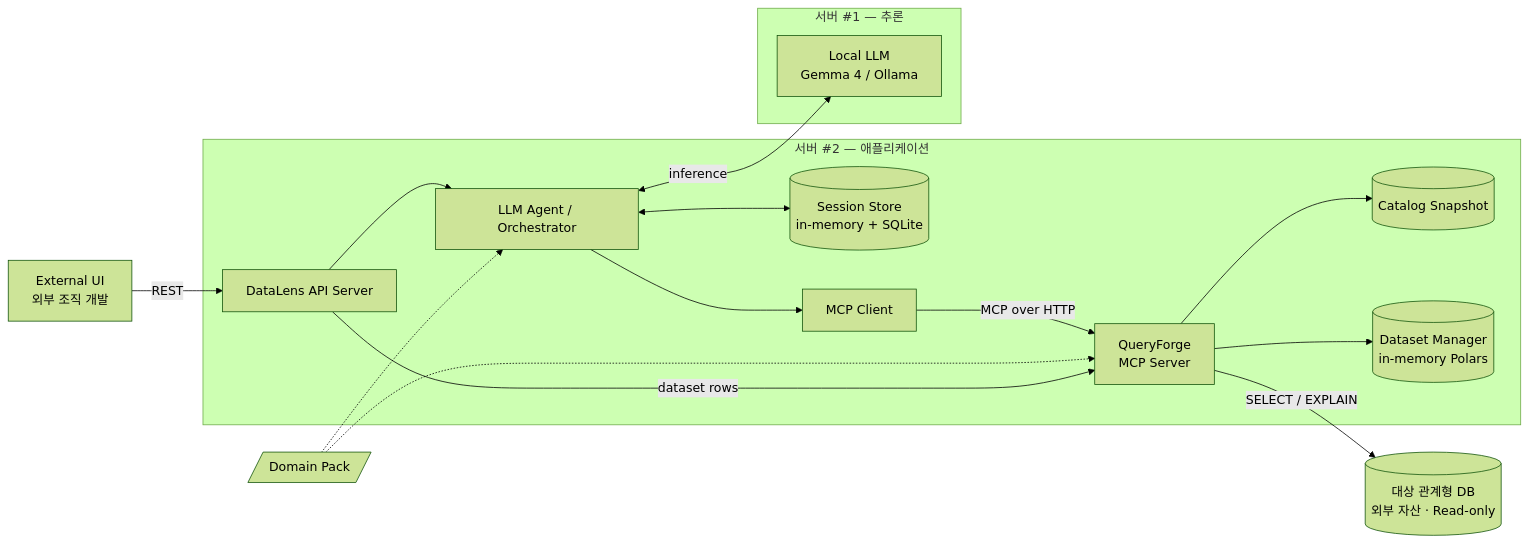
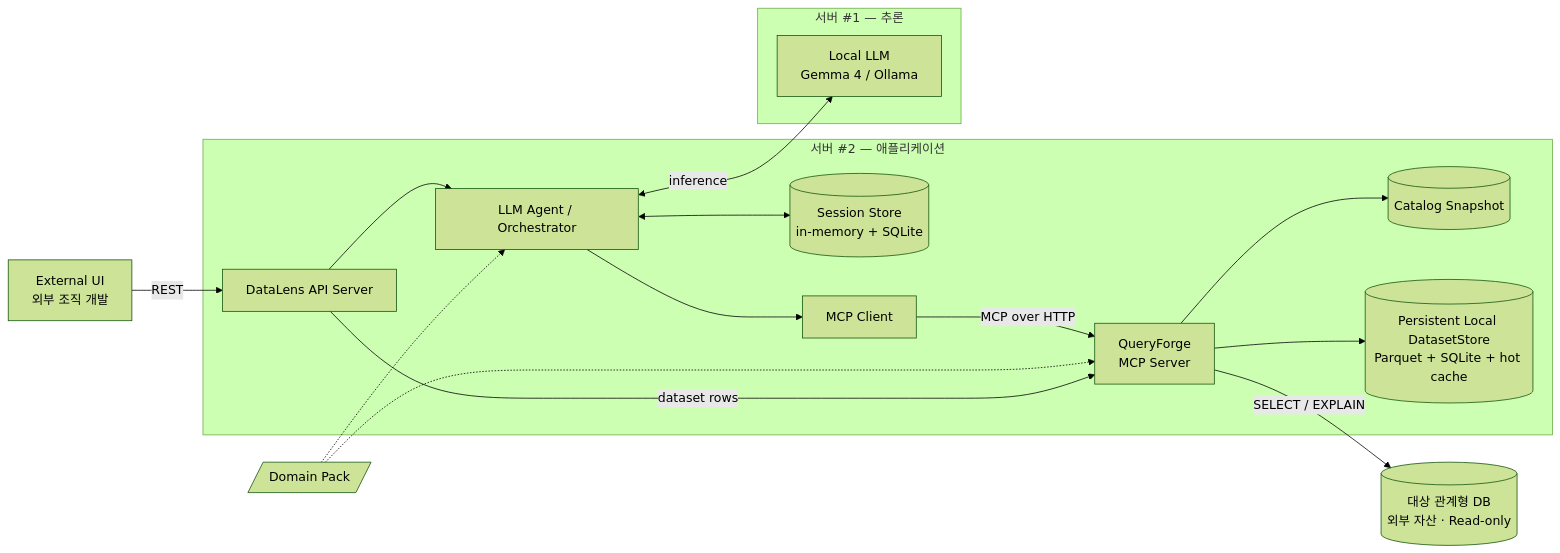
The first of 11 diagrams in docs/DATALENS-SAD.md (kuri-dev9/DataLens), drawn with Mermaid (forest theme) before and after one commit. The commit also changed other lines of this file and 52 other files, not shown here.

````diff
--- a/docs/DATALENS-SAD.md
+++ b/docs/DATALENS-SAD.md
@@ -243,34 +266,34 @@
 ```mermaid
 flowchart LR
     UI[External UI<br/>외부 조직 개발]
 
     subgraph SRV2["서버 #2 — 애플리케이션"]
         API[DataLens API Server]
         AG[LLM Agent / Orchestrator]
         SESS[(Session Store<br/>in-memory + SQLite)]
         MCPC[MCP Client]
         QF[QueryForge<br/>MCP Server]
         CAT[(Catalog Snapshot)]
-        DSM[(Dataset Manager<br/>in-memory Polars)]
+        DSM[(Persistent Local DatasetStore<br/>Parquet + SQLite + hot cache)]
     end
 
     subgraph SRV1["서버 #1 — 추론"]
         LLM[Local LLM<br/>Gemma 4 / Ollama]
     end
 
     DB[(대상 관계형 DB<br/>외부 자산 · Read-only)]
     PACK[/Domain Pack/]
 
     UI -->|REST| API
     API --> AG
     AG <--> SESS
     AG <-->|inference| LLM
     AG --> MCPC
     MCPC -->|MCP over HTTP| QF
     QF --> DSM
     QF --> CAT
     QF -->|SELECT / EXPLAIN| DB
     PACK -.-> AG
     PACK -.-> QF
     API -->|dataset rows| QF
 ```
````
